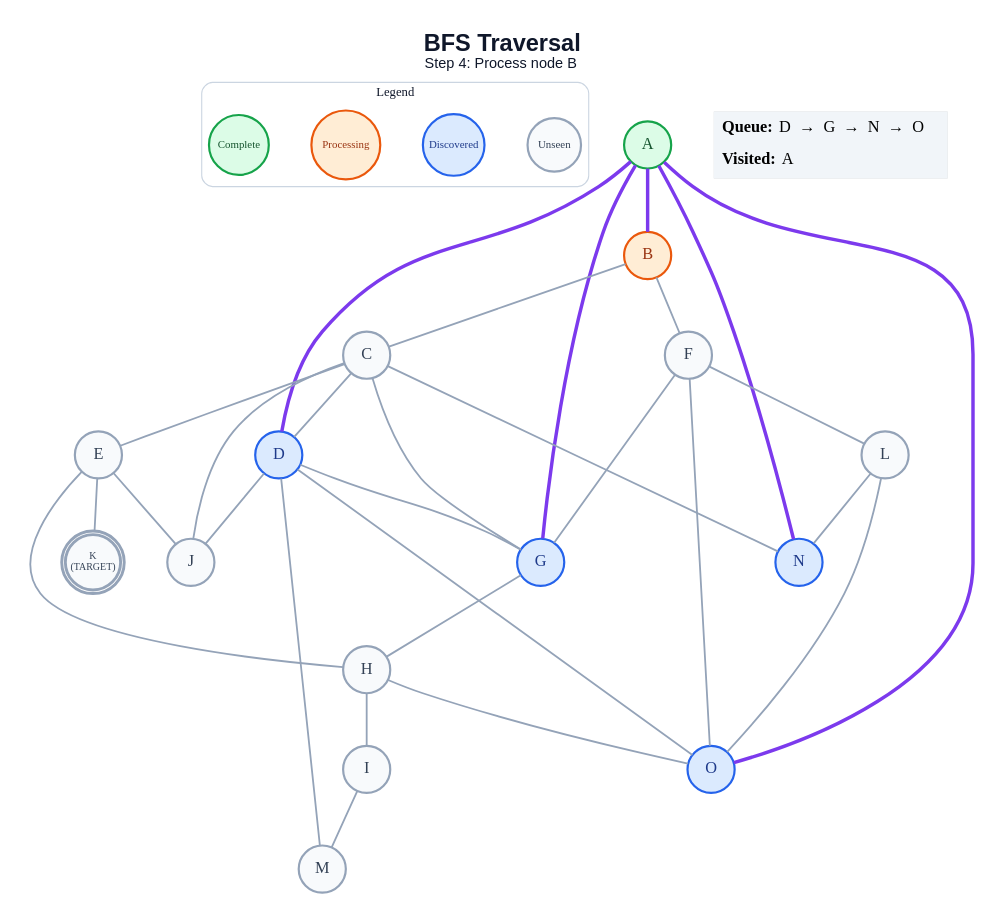
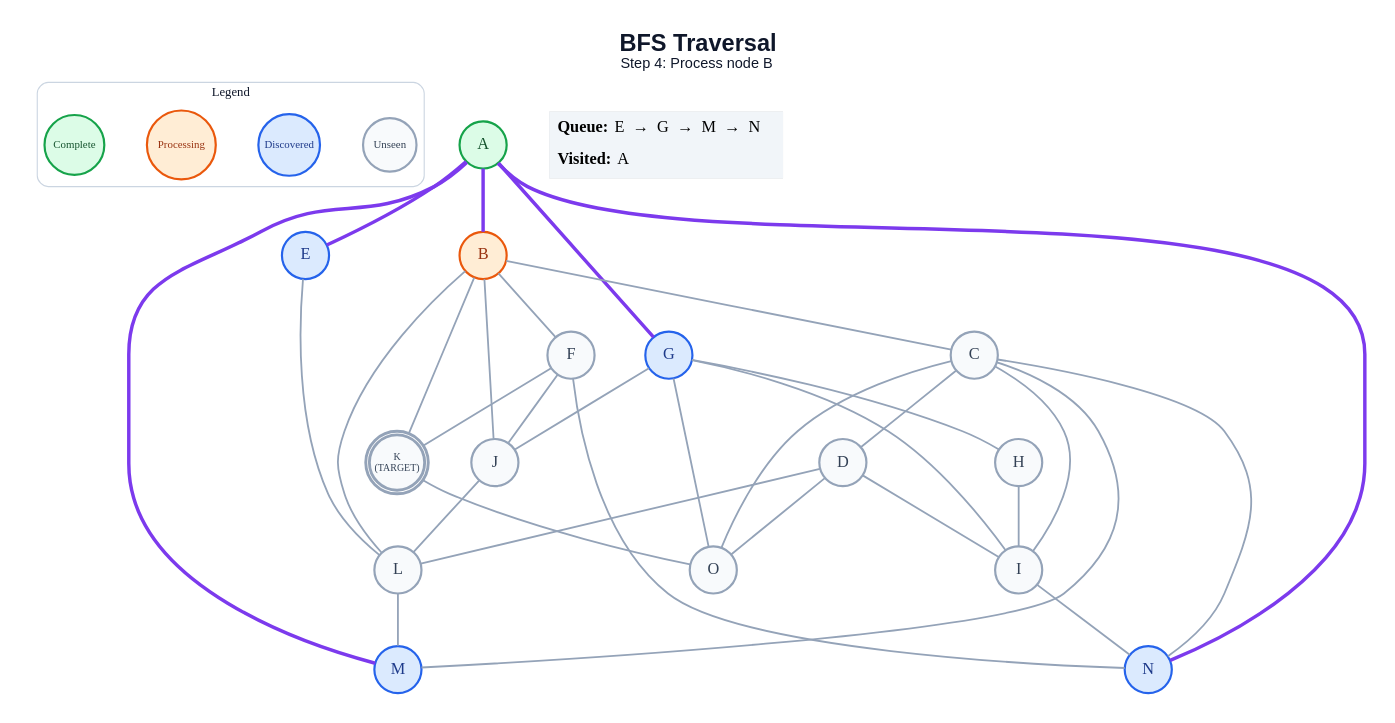
Before and after one commit to anon7238593-create/ai-slop: the diagram in generated/short-circuit/bfs/step_04.dot, drawn with Graphviz. The commit also changed 309 other files, not shown here.

```diff
--- a/generated/short-circuit/bfs/step_04.dot
+++ b/generated/short-circuit/bfs/step_04.dot
@@ -1,62 +1,65 @@
 graph traversal {
   graph [layout=dot, rankdir=TB, bgcolor="#FFFFFF", pad="0.35", nodesep="0.65", ranksep="0.8", fontname="Arial"];
   node [shape=circle, style="filled", fontname="Arial Bold", fontsize=18, width=0.72, fixedsize=true, penwidth=2.4];
   edge [color="#94A3B8", penwidth=2.0];
   label=<<B>BFS Traversal</B><BR/><FONT POINT-SIZE="16">Step 4: Process node B</FONT>>; labelloc="t"; fontsize=26; fontname="Arial"; fontcolor="#0F172A";
   subgraph cluster_legend { label="Legend"; color="#CBD5E1"; penwidth=1.2; style="rounded"; fontsize=14; fontname="Arial Bold";
     key_unseen [label="Unseen", fillcolor="#F8FAFC", color="#94A3B8", fontcolor="#334155", fontsize=12, width=0.82];
     key_frontier [label="Discovered", fillcolor="#DBEAFE", color="#2563EB", fontcolor="#1E3A8A", fontsize=12, width=0.95];
     key_current [label="Processing", fillcolor="#FFEDD5", color="#EA580C", fontcolor="#9A3412", fontsize=12, width=1.05];
     key_done [label="Complete", fillcolor="#DCFCE7", color="#16A34A", fontcolor="#14532D", fontsize=12, width=0.92];
     { rank=same; key_unseen; key_frontier; key_current; key_done; }
   }
   A [label="A", fillcolor="#DCFCE7", color="#16A34A", fontcolor="#14532D", peripheries=1, penwidth=2.4];
   B [label="B", fillcolor="#FFEDD5", color="#EA580C", fontcolor="#9A3412", peripheries=1, penwidth=2.4];
   C [label="C", fillcolor="#F8FAFC", color="#94A3B8", fontcolor="#334155", peripheries=1, penwidth=2.4];
-  D [label="D", fillcolor="#DBEAFE", color="#2563EB", fontcolor="#1E3A8A", peripheries=1, penwidth=2.4];
-  E [label="E", fillcolor="#F8FAFC", color="#94A3B8", fontcolor="#334155", peripheries=1, penwidth=2.4];
+  D [label="D", fillcolor="#F8FAFC", color="#94A3B8", fontcolor="#334155", peripheries=1, penwidth=2.4];
+  E [label="E", fillcolor="#DBEAFE", color="#2563EB", fontcolor="#1E3A8A", peripheries=1, penwidth=2.4];
   F [label="F", fillcolor="#F8FAFC", color="#94A3B8", fontcolor="#334155", peripheries=1, penwidth=2.4];
   G [label="G", fillcolor="#DBEAFE", color="#2563EB", fontcolor="#1E3A8A", peripheries=1, penwidth=2.4];
   H [label="H", fillcolor="#F8FAFC", color="#94A3B8", fontcolor="#334155", peripheries=1, penwidth=2.4];
   I [label="I", fillcolor="#F8FAFC", color="#94A3B8", fontcolor="#334155", peripheries=1, penwidth=2.4];
   J [label="J", fillcolor="#F8FAFC", color="#94A3B8", fontcolor="#334155", peripheries=1, penwidth=2.4];
   K [label="K\n(TARGET)", fillcolor="#F8FAFC", color="#94A3B8", fontcolor="#334155", peripheries=2, penwidth=3.2, fontsize=11, width=0.85, height=0.85];
   L [label="L", fillcolor="#F8FAFC", color="#94A3B8", fontcolor="#334155", peripheries=1, penwidth=2.4];
-  M [label="M", fillcolor="#F8FAFC", color="#94A3B8", fontcolor="#334155", peripheries=1, penwidth=2.4];
+  M [label="M", fillcolor="#DBEAFE", color="#2563EB", fontcolor="#1E3A8A", peripheries=1, penwidth=2.4];
   N [label="N", fillcolor="#DBEAFE", color="#2563EB", fontcolor="#1E3A8A", peripheries=1, penwidth=2.4];
-  O [label="O", fillcolor="#DBEAFE", color="#2563EB", fontcolor="#1E3A8A", peripheries=1, penwidth=2.4];
+  O [label="O", fillcolor="#F8FAFC", color="#94A3B8", fontcolor="#334155", peripheries=1, penwidth=2.4];
   A -- B [color="#7C3AED", penwidth=3.8];
-  A -- D [color="#7C3AED", penwidth=3.8];
+  A -- E [color="#7C3AED", penwidth=3.8];
   A -- G [color="#7C3AED", penwidth=3.8];
+  A -- M [color="#7C3AED", penwidth=3.8];
   A -- N [color="#7C3AED", penwidth=3.8];
-  A -- O [color="#7C3AED", penwidth=3.8];
   B -- C;
   B -- F;
+  B -- J;
+  B -- K;
+  B -- L;
   C -- D;
-  C -- E;
-  C -- G;
-  C -- J;
+  C -- I;
+  C -- M;
   C -- N;
-  D -- G;
-  D -- J;
-  D -- M;
+  C -- O;
+  D -- I;
+  D -- L;
   D -- O;
-  E -- H;
-  E -- J;
-  E -- K;
-  F -- G;
-  F -- L;
-  F -- O;
+  E -- L;
+  F -- J;
+  F -- K;
+  F -- N;
   G -- H;
+  G -- I;
+  G -- J;
+  G -- O;
   H -- I;
-  H -- O;
-  I -- M;
-  L -- N;
-  L -- O;
+  I -- N;
+  J -- L;
+  K -- O;
+  L -- M;
   status [shape=plain, fixedsize=false, width=0, height=0, margin=0, label=<
     <TABLE BORDER="0" CELLBORDER="0" CELLPADDING="7" BGCOLOR="#F1F5F9">
-      <TR><TD ALIGN="LEFT"><B>Queue:</B> D  →  G  →  N  →  O</TD></TR>
+      <TR><TD ALIGN="LEFT"><B>Queue:</B> E  →  G  →  M  →  N</TD></TR>
       <TR><TD ALIGN="LEFT"><B>Visited:</B> A</TD></TR>
     </TABLE>
   >];
 }
```
